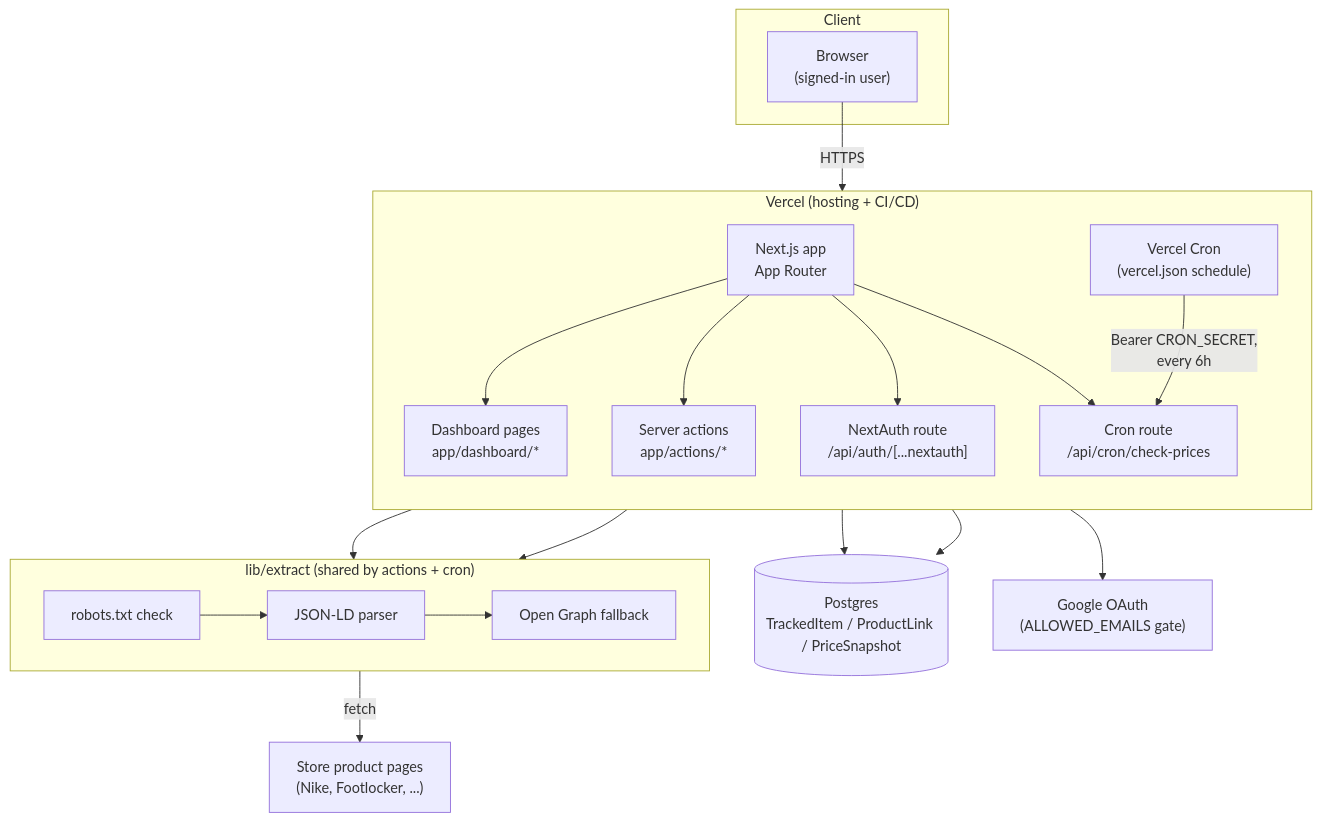
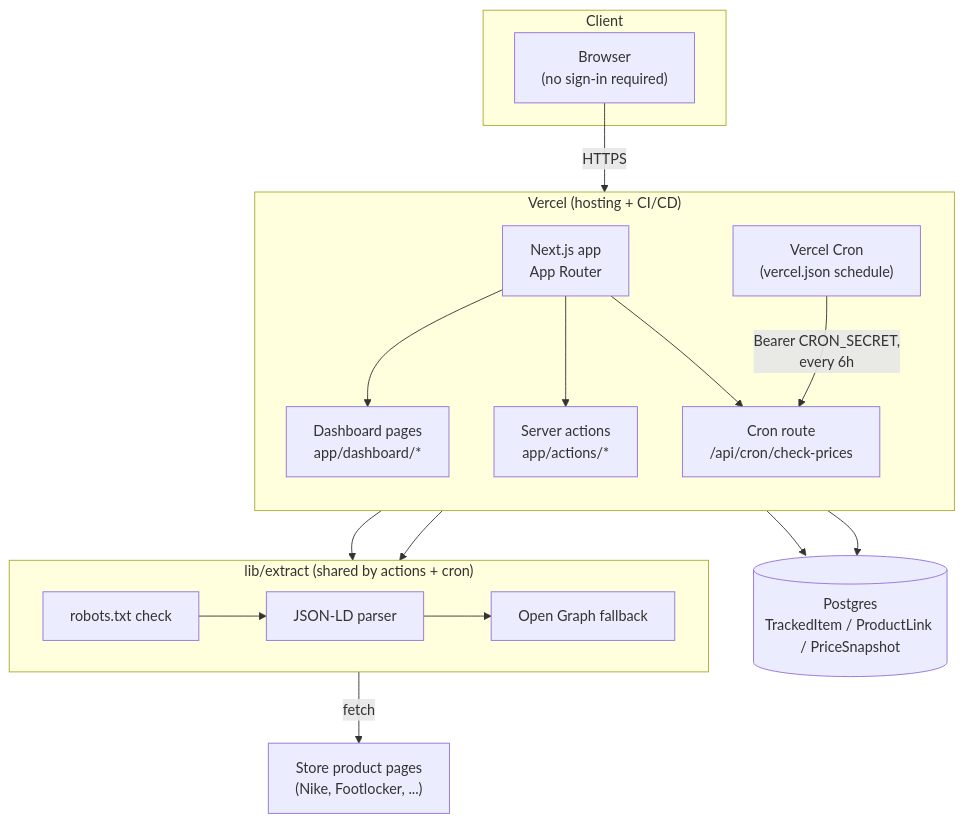
The diagram in docs/architecture.mmd (liranmeir/price-watch), drawn with Mermaid before and after one commit. The commit also changed 16 other files, not shown here.

```diff
--- a/docs/architecture.mmd
+++ b/docs/architecture.mmd
@@ -1,39 +1,35 @@
 flowchart TD
     subgraph Client
-        Browser["Browser<br/>(signed-in user)"]
+        Browser["Browser<br/>(no sign-in required)"]
     end
 
     subgraph Vercel["Vercel (hosting + CI/CD)"]
         direction TB
         NextApp["Next.js app<br/>App Router"]
         Pages["Dashboard pages<br/>app/dashboard/*"]
         Actions["Server actions<br/>app/actions/*"]
-        AuthRoute["NextAuth route<br/>/api/auth/[...nextauth]"]
         CronRoute["Cron route<br/>/api/cron/check-prices"]
         CronTrigger["Vercel Cron<br/>(vercel.json schedule)"]
 
         NextApp --> Pages
         NextApp --> Actions
-        NextApp --> AuthRoute
         NextApp --> CronRoute
         CronTrigger -- "Bearer CRON_SECRET,<br/>every 6h" --> CronRoute
     end
 
     subgraph Extract["lib/extract (shared by actions + cron)"]
         Robots["robots.txt check"]
         JsonLd["JSON-LD parser"]
         OG["Open Graph fallback"]
         Robots --> JsonLd --> OG
     end
 
     DB[("Postgres<br/>TrackedItem / ProductLink / PriceSnapshot")]
-    Google["Google OAuth<br/>(ALLOWED_EMAILS gate)"]
     Stores["Store product pages<br/>(Nike, Footlocker, ...)"]
 
     Browser -- "HTTPS" --> NextApp
     Pages --> DB
     Actions --> DB
     Actions --> Extract
     CronRoute --> Extract
     Extract -- "fetch" --> Stores
-    AuthRoute --> Google
```
